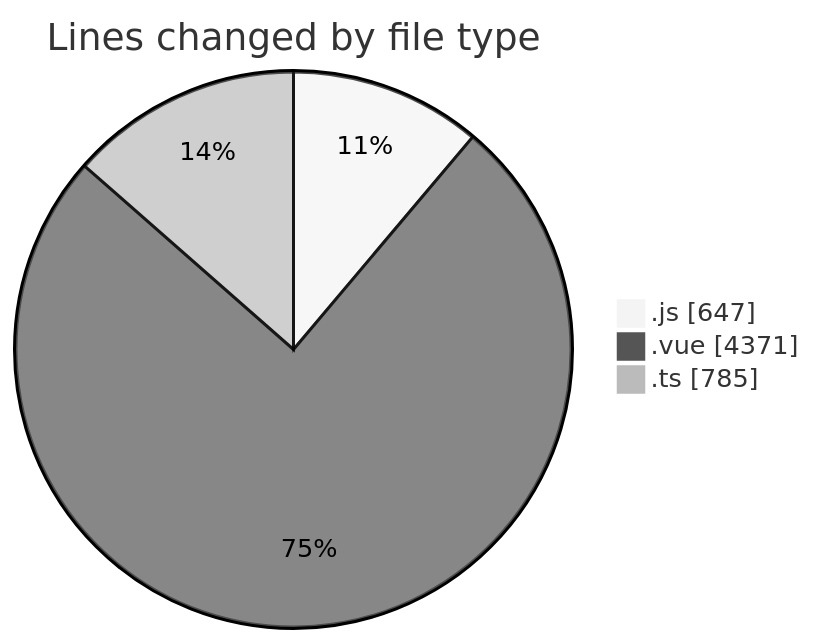
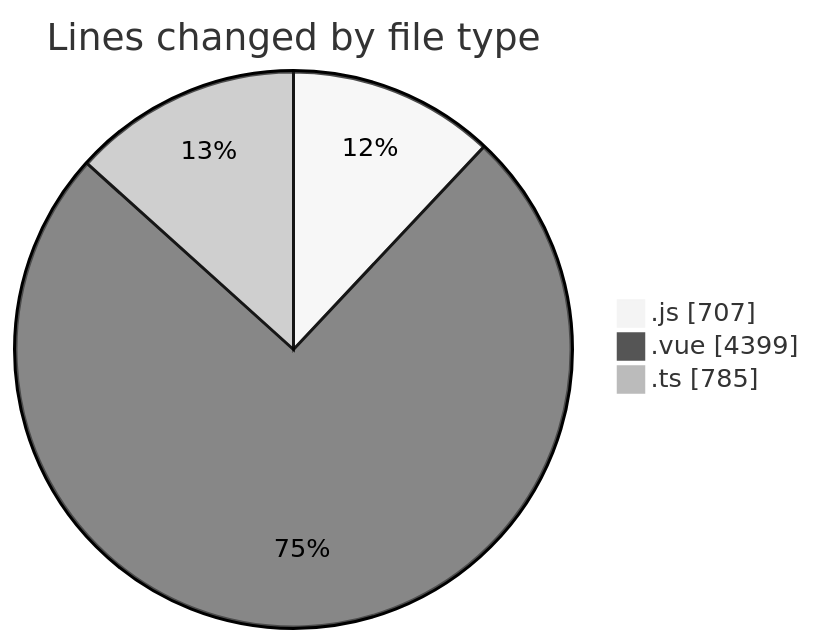
One commit to lephambinh05/code-tracking changed the first of 2 diagrams in 2025-08-17/rentotp/README.md. Above: the diagram before and after it, drawn with Mermaid (neutral theme). The commit also changed other lines of this file and 1 other file, not shown here.

````diff
--- a/2025-08-17/rentotp/README.md
+++ b/2025-08-17/rentotp/README.md
@@ -36,7 +38,7 @@
 ```mermaid
 pie showData
 title Lines changed by file type
-".js" : 647
-".vue" : 4371
+".js" : 707
+".vue" : 4399
 ".ts" : 785
 ```
````
